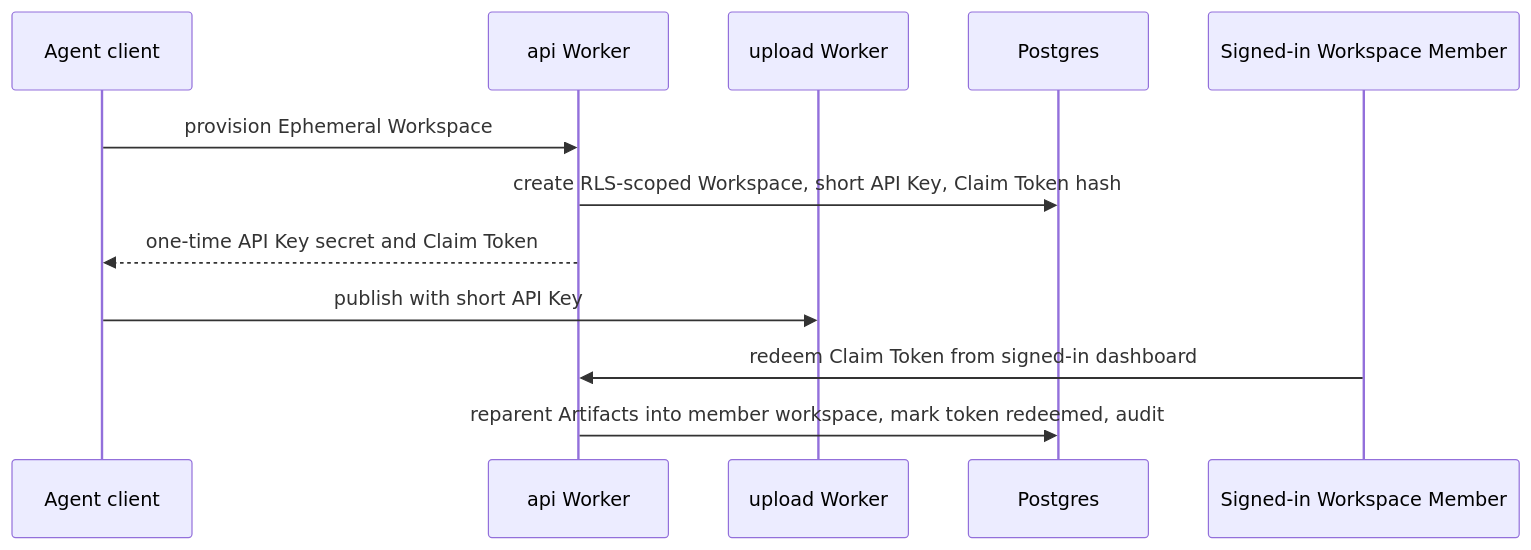
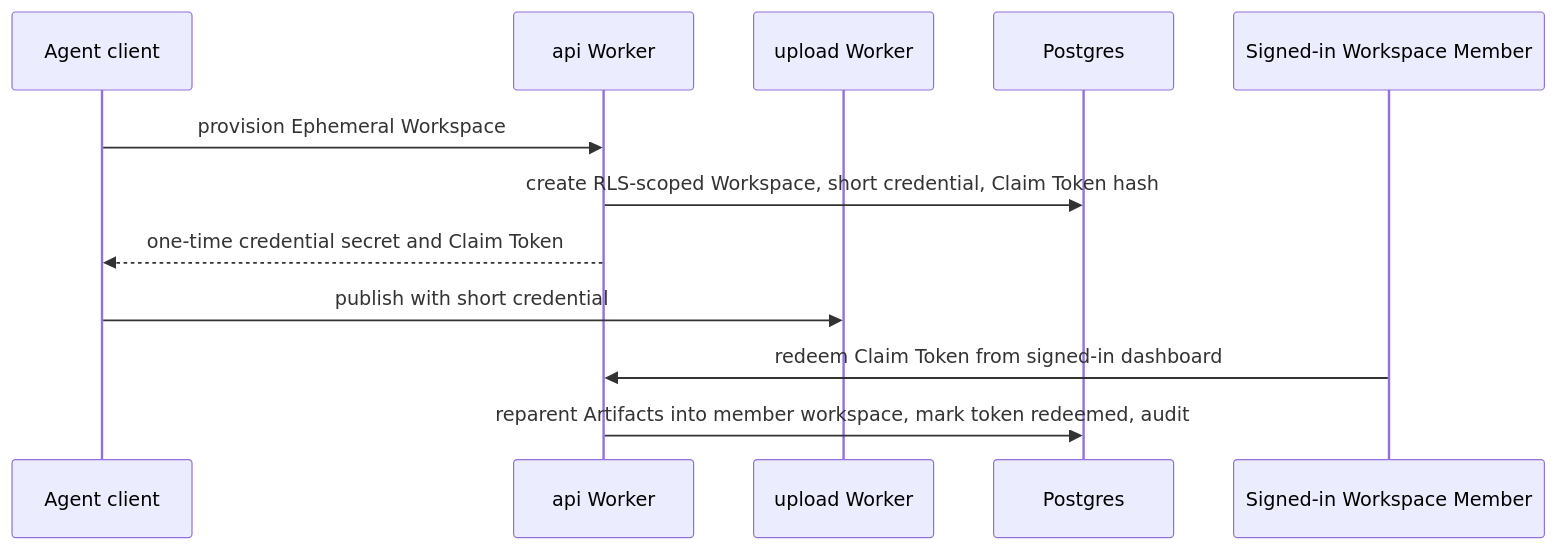
One commit to zaks-io/agent-paste changed the fifth of 5 diagrams in docs/specs/architecture.md. Above: the diagram before and after it, drawn with Mermaid. The commit also changed other lines of this file and 57 other files, not shown here.

````diff
--- a/docs/specs/architecture.md
+++ b/docs/specs/architecture.md
@@ -211,15 +209,15 @@
 ```mermaid
 sequenceDiagram
   participant C as Agent client
   participant A as api Worker
   participant U as upload Worker
   participant P as Postgres
   participant W as Signed-in Workspace Member
 
   C->>A: provision Ephemeral Workspace
-  A->>P: create RLS-scoped Workspace, short API Key, Claim Token hash
-  A-->>C: one-time API Key secret and Claim Token
-  C->>U: publish with short API Key
+  A->>P: create RLS-scoped Workspace, short credential, Claim Token hash
+  A-->>C: one-time credential secret and Claim Token
+  C->>U: publish with short credential
   W->>A: redeem Claim Token from signed-in dashboard
   A->>P: reparent Artifacts into member workspace, mark token redeemed, audit
 ```
````
